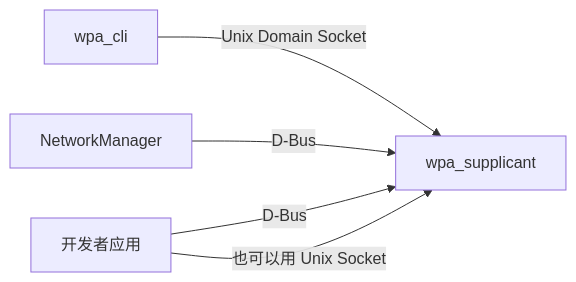
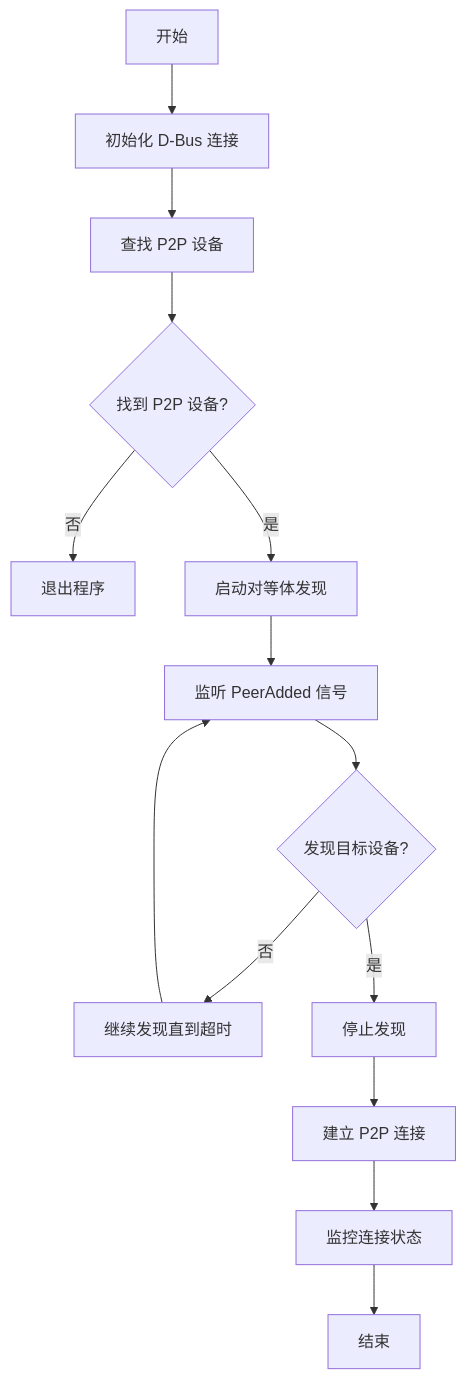
One commit to Wi-Fi-Tools/Dbus_For_p2p changed the diagram in readme.md. Above: the diagram before and after it, drawn with Mermaid. The commit also changed other lines of this file and 10 other files, not shown here.

````diff
--- a/readme.md
+++ b/readme.md
@@ -36,7 +140,16 @@
 ```mermaid
-graph LR
-    A[wpa_cli] -->|Unix Domain Socket| B[wpa_supplicant]
-    C[NetworkManager] -->|D-Bus| B
-    D[开发者应用] -->|D-Bus| B
-    D -->|也可以用 Unix Socket| B
+graph TD
+    A[开始] --> B[初始化 D-Bus 连接]
+    B --> C[查找 P2P 设备]
+    C --> D{找到 P2P 设备?}
+    D -->|否| E[退出程序]
+    D -->|是| F[启动对等体发现]
+    F --> G[监听 PeerAdded 信号]
+    G --> H{发现目标设备?}
+    H -->|否| I[继续发现直到超时]
+    I --> G
+    H -->|是| J[停止发现]
+    J --> K[建立 P2P 连接]
+    K --> L[监控连接状态]
+    L --> M[结束]
 ```
````
